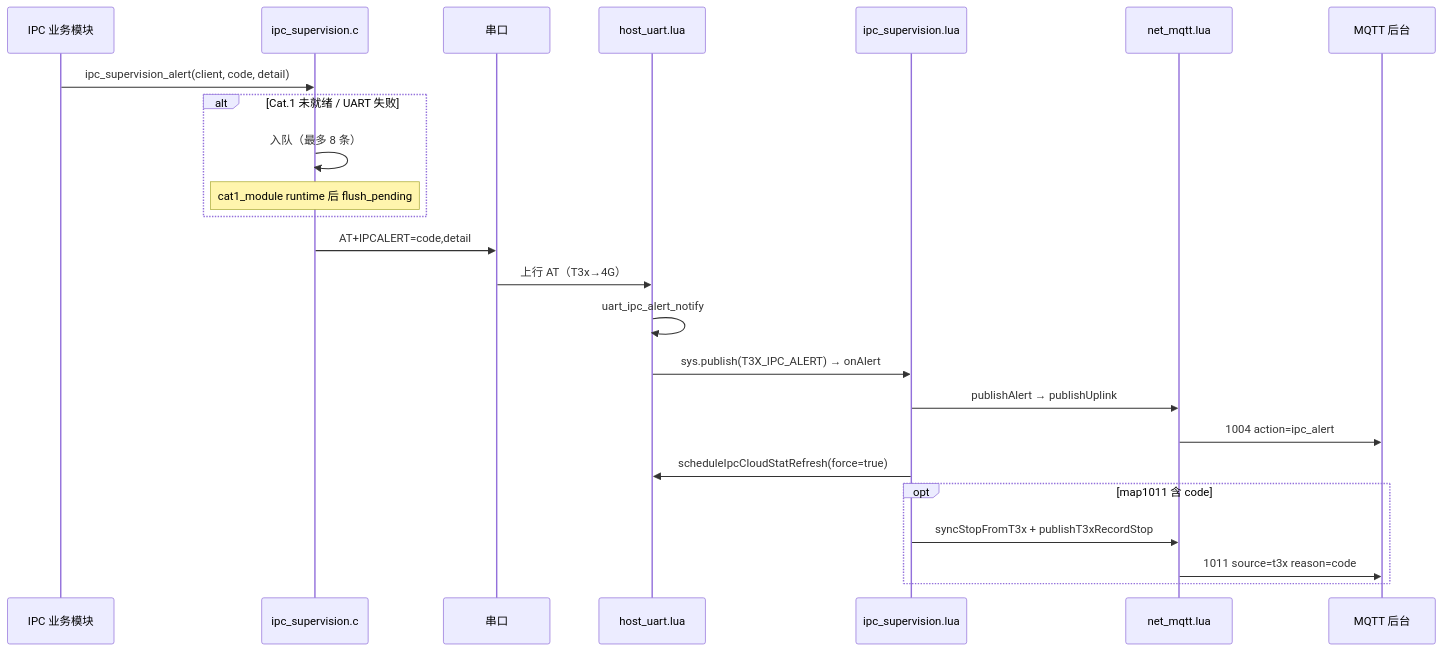
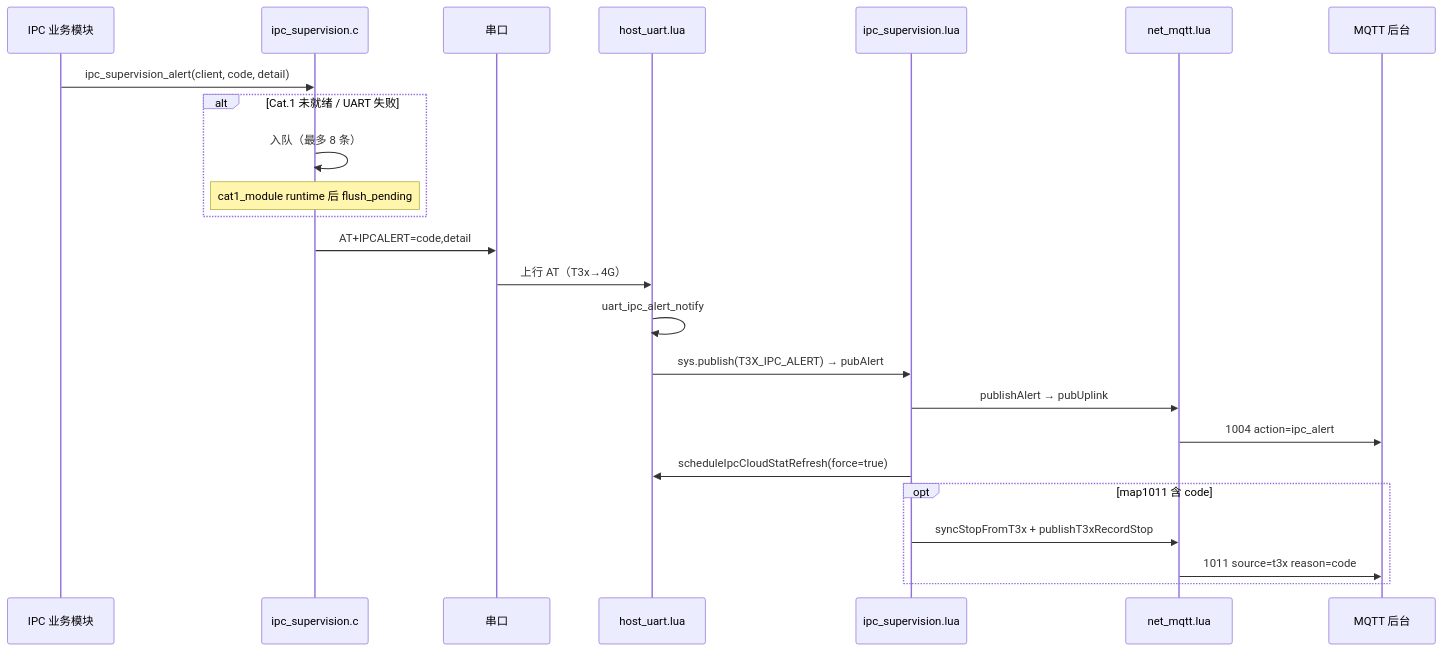
The second of 3 diagrams in doc/T3X_IPC_CAT1_SUPERVISION.md (dzr1986/AIR780EHM), drawn with Mermaid before and after one commit. The commit also changed other lines of this file and 84 other files, not shown here.

````diff
--- a/doc/T3X_IPC_CAT1_SUPERVISION.md
+++ b/doc/T3X_IPC_CAT1_SUPERVISION.md
@@ -91,27 +91,27 @@
 ```mermaid
 sequenceDiagram
     participant Mod as IPC 业务模块
     participant Hub as ipc_supervision.c
     participant UART as 串口
     participant HU as host_uart.lua
     participant SUP as ipc_supervision.lua
     participant MQ as net_mqtt.lua
     participant BE as MQTT 后台
 
     Mod->>Hub: ipc_supervision_alert(client, code, detail)
     alt Cat.1 未就绪 / UART 失败
         Hub->>Hub: 入队（最多 8 条）
         Note over Hub: cat1_module runtime 后 flush_pending
     end
     Hub->>UART: AT+IPCALERT=code,detail
     UART->>HU: 上行 AT（T3x→4G）
     HU->>HU: uart_ipc_alert_notify
-    HU->>SUP: sys.publish(T3X_IPC_ALERT) → onAlert
-    SUP->>MQ: publishAlert → publishUplink
+    HU->>SUP: sys.publish(T3X_IPC_ALERT) → pubAlert
+    SUP->>MQ: publishAlert → pubUplink
     MQ->>BE: 1004 action=ipc_alert
     SUP->>HU: scheduleIpcCloudStatRefresh(force=true)
     opt map1011 含 code
         SUP->>MQ: syncStopFromT3x + publishT3xRecordStop
         MQ->>BE: 1011 source=t3x reason=code
     end
 ```
````
